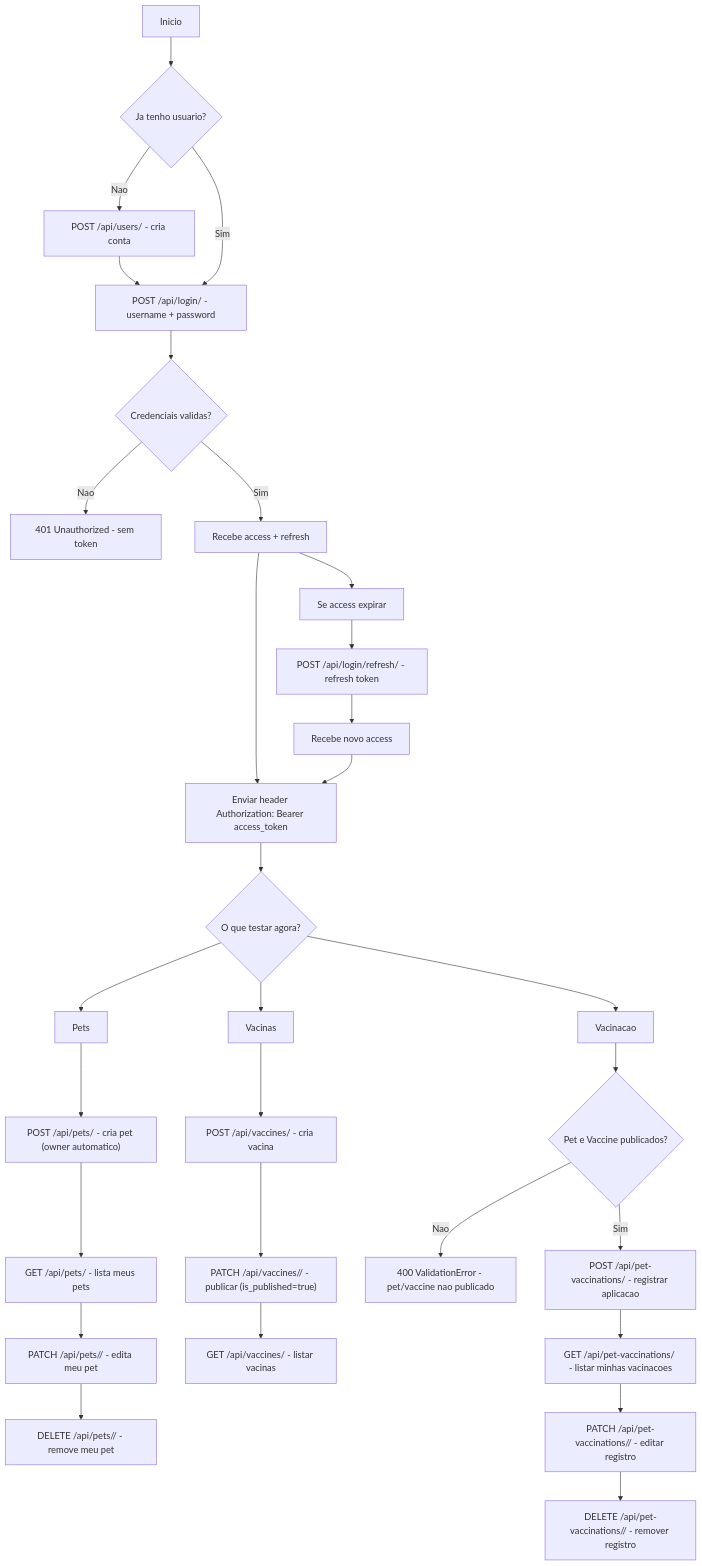
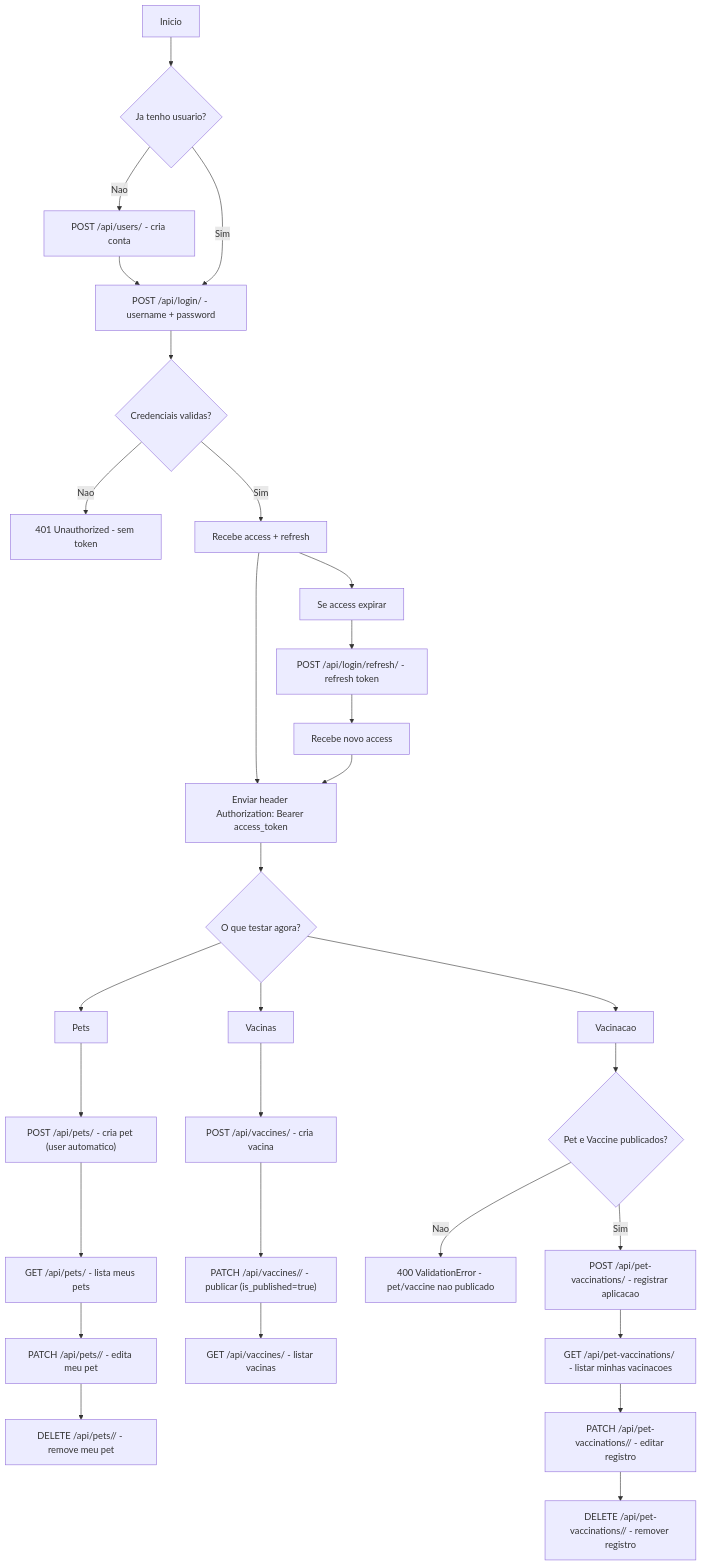
Before and after one commit to evoradev/Desafio-IVARE: the diagram in readme.md, drawn with Mermaid. The commit also changed other lines of this file and 9 other files, not shown here.

Commit message:
Fix. models.py (PET) rename owner to user & add owner_name

````diff
--- a/readme.md
+++ b/readme.md
@@ -54,40 +72,40 @@
 ```mermaid
 flowchart TD
   A["Inicio"] --> B{"Ja tenho usuario?"}
 
   B -- "Nao" --> C["POST /api/users/ - cria conta"]
   C --> D["POST /api/login/ - username + password"]
   B -- "Sim" --> D
 
   D --> E{"Credenciais validas?"}
   E -- "Nao" --> E1["401 Unauthorized - sem token"]
   E -- "Sim" --> F["Recebe access + refresh"]
 
   F --> G["Enviar header Authorization: Bearer access_token"]
   G --> H{"O que testar agora?"}
 
   H --> I["Pets"]
   H --> J["Vacinas"]
   H --> K["Vacinacao"]
 
-  I --> I1["POST /api/pets/ - cria pet (owner automatico)"]
+  I --> I1["POST /api/pets/ - cria pet (user automatico)"]
   I1 --> I2["GET /api/pets/ - lista meus pets"]
   I2 --> I3["PATCH /api/pets/<id>/ - edita meu pet"]
   I3 --> I4["DELETE /api/pets/<id>/ - remove meu pet"]
 
   J --> J1["POST /api/vaccines/ - cria vacina"]
   J1 --> J2["PATCH /api/vaccines/<id>/ - publicar (is_published=true)"]
   J2 --> J3["GET /api/vaccines/ - listar vacinas"]
 
   K --> K1{"Pet e Vaccine publicados?"}
   K1 -- "Nao" --> K2["400 ValidationError - pet/vaccine nao publicado"]
   K1 -- "Sim" --> K3["POST /api/pet-vaccinations/ - registrar aplicacao"]
   K3 --> K4["GET /api/pet-vaccinations/ - listar minhas vacinacoes"]
   K4 --> K5["PATCH /api/pet-vaccinations/<id>/ - editar registro"]
   K5 --> K6["DELETE /api/pet-vaccinations/<id>/ - remover registro"]
 
   F --> R["Se access expirar"]
   R --> S["POST /api/login/refresh/ - refresh token"]
   S --> T["Recebe novo access"]
   T --> G
 ```
````
